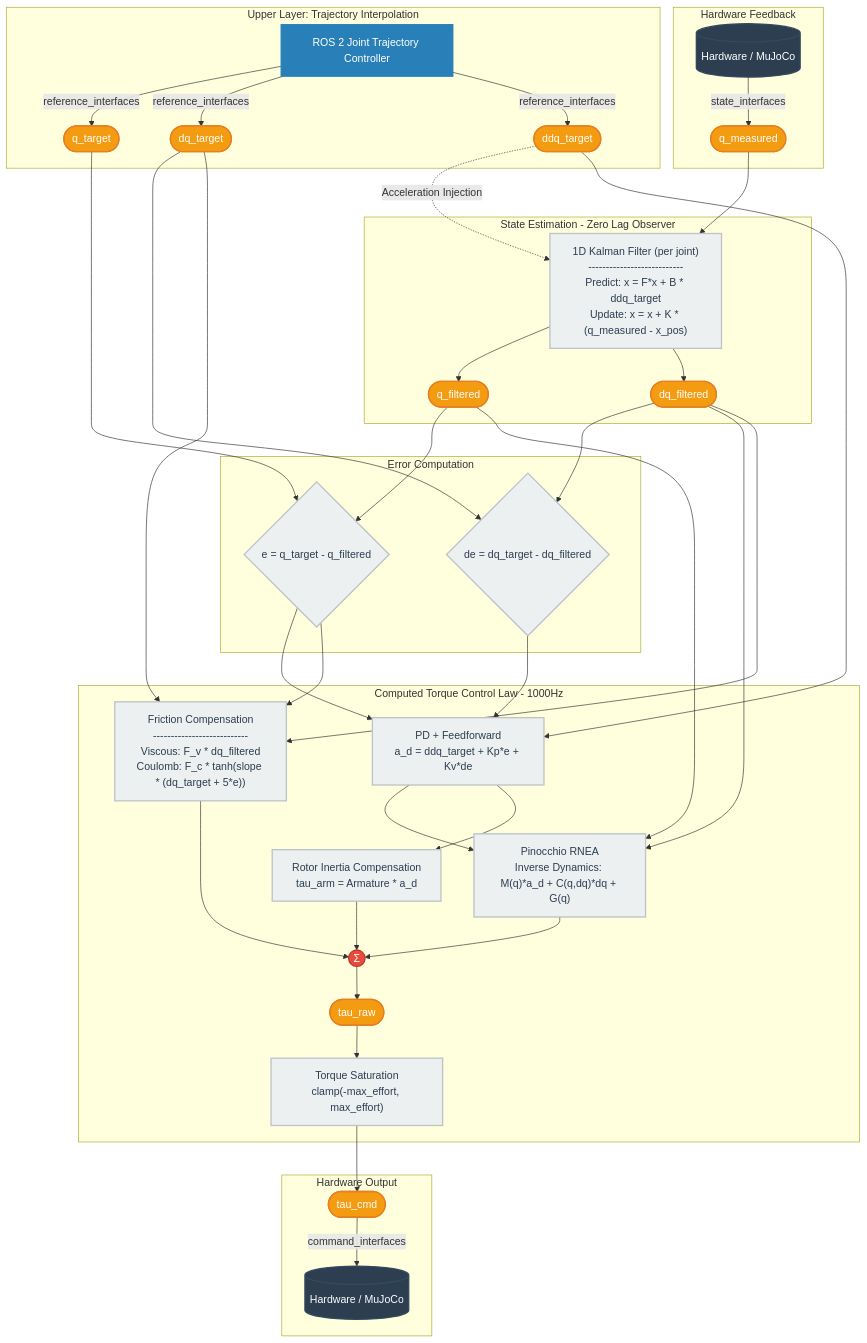
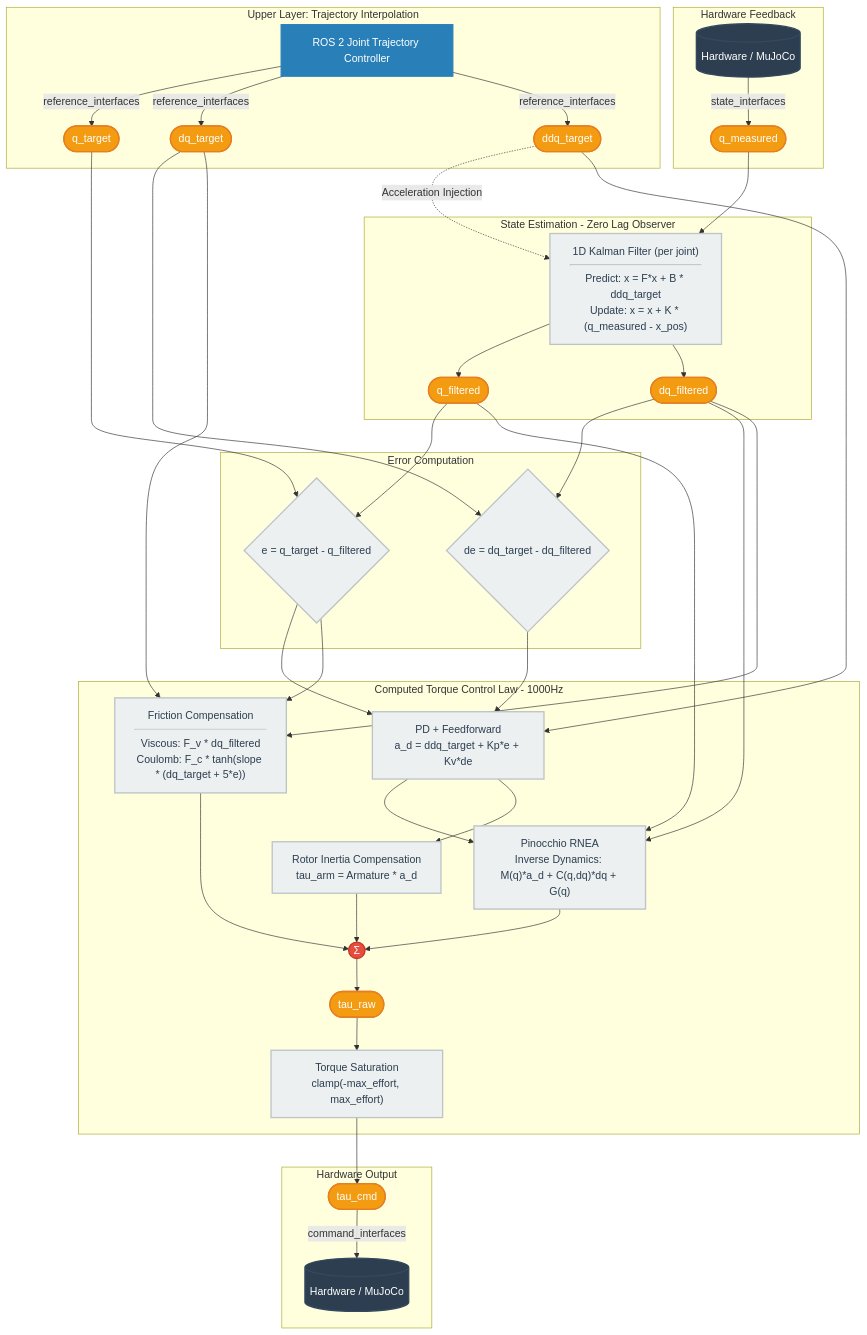
The second of 2 diagrams in README.md (Tianyi-Wang-1206/Deterministic-Motion-Planning-and-Dynamics-Control-Framework-for-Lightweight-6-Axis-Robotic-Arms), drawn with Mermaid before and after one commit. The commit also changed other lines of this file, not shown here.

````diff
--- a/README.md
+++ b/README.md
@@ -125,70 +125,70 @@
 ```mermaid
 flowchart TD
     %% Define Styles
     classDef hardware fill:#2c3e50,stroke:#34495e,stroke-width:2px,color:#fff;
     classDef jtc fill:#2980b9,stroke:#2980b9,stroke-width:2px,color:#fff;
     classDef data fill:#f39c12,stroke:#e67e22,stroke-width:2px,color:#fff,shape:pill;
     classDef calc fill:#ecf0f1,stroke:#bdc3c7,stroke-width:2px,color:#2c3e50;
     classDef sum fill:#e74c3c,stroke:#c0392b,stroke-width:2px,color:#fff,shape:circle;
 
     %% 1. Upstream Layer
     subgraph L1 [Upper Layer: Trajectory Interpolation]
         JTC[ROS 2 Joint Trajectory Controller]:::jtc
         JTC -- reference_interfaces --> Q_T([q_target]):::data
         JTC -- reference_interfaces --> DQ_T([dq_target]):::data
         JTC -- reference_interfaces --> DDQ_T([ddq_target]):::data
     end
 
     %% 2. Hardware Feedback
     subgraph L2 [Hardware Feedback]
         HW_Read[(Hardware / MuJoCo)]:::hardware
         HW_Read -- state_interfaces --> Q_M([q_measured]):::data
     end
 
     %% 3. State Estimator (Zero-Lag Observer)
     subgraph L3 [State Estimation - Zero Lag Observer]
-        KF["1D Kalman Filter (per joint)<br/>---------------------------<br/>Predict: x = F*x + B * ddq_target<br/>Update: x = x + K * (q_measured - x_pos)"]:::calc
+        KF["1D Kalman Filter (per joint)<hr/>Predict: x = F*x + B * ddq_target<br/>Update: x = x + K * (q_measured - x_pos)"]:::calc
         Q_M --> KF
         DDQ_T -. Acceleration Injection .-> KF
         KF --> Q_F([q_filtered]):::data
         KF --> DQ_F([dq_filtered]):::data
     end
 
     %% 4. Error Computation
     subgraph L4 [Error Computation]
         Q_T --> ERR_Q{"e = q_target - q_filtered"}:::calc
         Q_F --> ERR_Q
         DQ_T --> ERR_DQ{"de = dq_target - dq_filtered"}:::calc
         DQ_F --> ERR_DQ
     end
 
     %% 5. Control Law & Dynamics
     subgraph L5 [Computed Torque Control Law - 1000Hz]
         ERR_Q --> PD["PD + Feedforward<br/>a_d = ddq_target + Kp*e + Kv*de"]:::calc
         ERR_DQ --> PD
         DDQ_T --> PD
 
         PD --> RNEA["Pinocchio RNEA<br/>Inverse Dynamics: M(q)*a_d + C(q,dq)*dq + G(q)"]:::calc
         Q_F --> RNEA
         DQ_F --> RNEA
 
         PD --> ARM["Rotor Inertia Compensation<br/>tau_arm = Armature * a_d"]:::calc
 
-        DQ_F --> FRIC["Friction Compensation<br/>---------------------------<br/>Viscous: F_v * dq_filtered<br/>Coulomb: F_c * tanh(slope * (dq_target + 5*e))"]:::calc
+        DQ_F --> FRIC["Friction Compensation<hr/>Viscous: F_v * dq_filtered<br/>Coulomb: F_c * tanh(slope * (dq_target + 5*e))"]:::calc
         DQ_T --> FRIC
         ERR_Q --> FRIC
 
         RNEA --> SUM(("Σ")):::sum
         ARM --> SUM
         FRIC --> SUM
 
         SUM --> TAU_RAW([tau_raw]):::data
         TAU_RAW --> SAT["Torque Saturation<br/>clamp(-max_effort, max_effort)"]:::calc
     end
 
     %% 6. Hardware Output
     subgraph L6 [Hardware Output]
         SAT --> TAU_CMD([tau_cmd]):::data
         TAU_CMD -- command_interfaces --> HW_Write[(Hardware / MuJoCo)]:::hardware
     end
 ```
````
